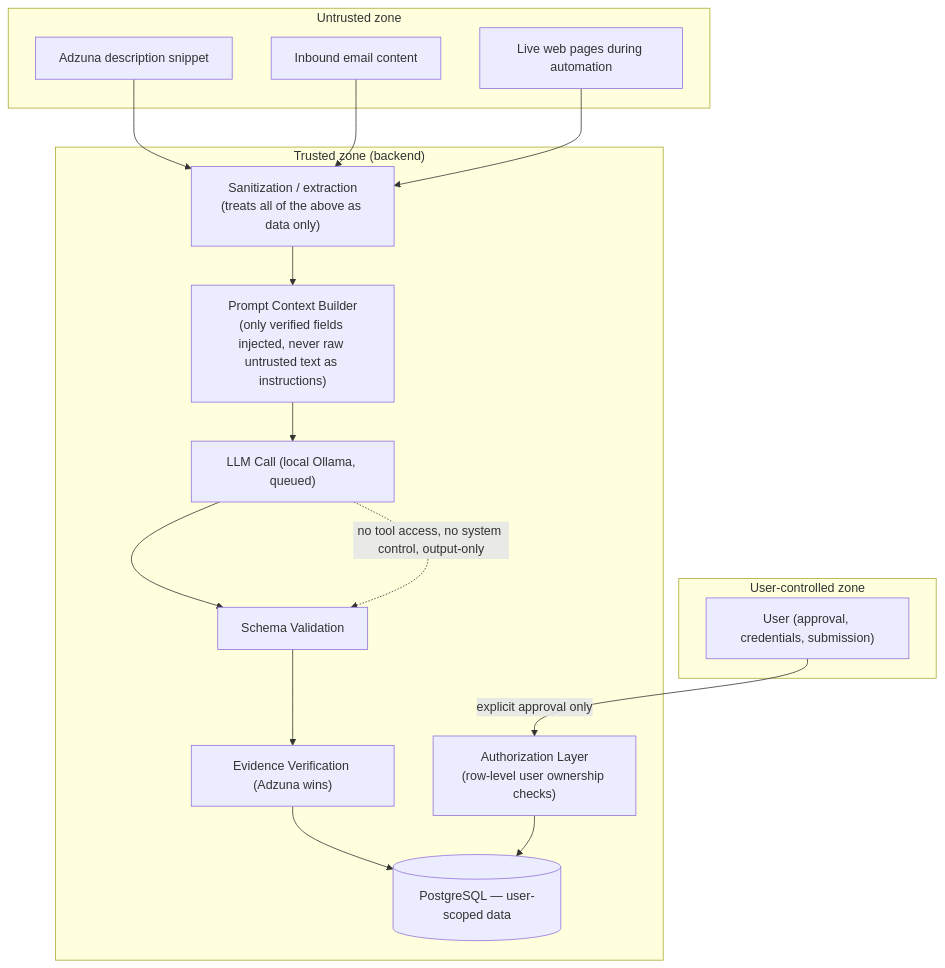
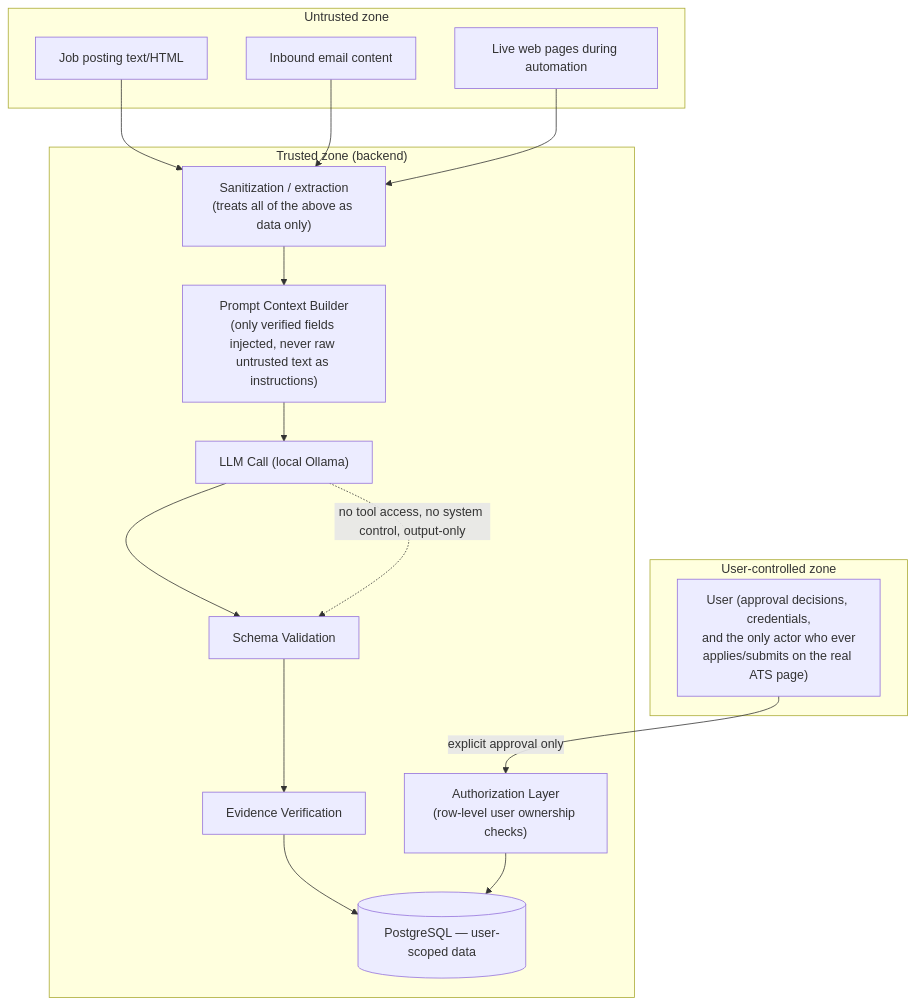
The third of 3 diagrams in docs/01-architecture-overview.md (wassimrahoui/adhd-job-agent), drawn with Mermaid before and after one commit. The commit also changed other lines of this file and 5 other files, not shown here.

````diff
--- a/docs/01-architecture-overview.md
+++ b/docs/01-architecture-overview.md
@@ -123,30 +123,30 @@
 ```mermaid
 flowchart TB
     subgraph Untrusted["Untrusted zone"]
-        JOBTEXT["Adzuna description snippet"]
+        JOBTEXT["Job posting text/HTML"]
         EMAILTEXT["Inbound email content"]
         PAGE["Live web pages during automation"]
     end
 
     subgraph Trusted["Trusted zone (backend)"]
         SANITIZE["Sanitization / extraction\n(treats all of the above as data only)"]
         PROMPTCTX["Prompt Context Builder\n(only verified fields injected, never raw untrusted text as instructions)"]
-        LLMCALL["LLM Call (local Ollama, queued)"]
+        LLMCALL["LLM Call (local Ollama)"]
         VALIDATE["Schema Validation"]
-        VERIFY["Evidence Verification (Adzuna wins)"]
+        VERIFY["Evidence Verification"]
         AUTHZ["Authorization Layer\n(row-level user ownership checks)"]
         DB[("PostgreSQL — user-scoped data")]
     end
 
     subgraph UserZone["User-controlled zone"]
-        USER["User (approval, credentials, submission)"]
+        USER["User (approval decisions, credentials,\nand the only actor who ever\napplies/submits on the real ATS page)"]
     end
 
     JOBTEXT --> SANITIZE
     EMAILTEXT --> SANITIZE
     PAGE --> SANITIZE
     SANITIZE --> PROMPTCTX --> LLMCALL --> VALIDATE --> VERIFY --> DB
     AUTHZ --> DB
     USER -->|explicit approval only| AUTHZ
     LLMCALL -.->|no tool access, no system control, output-only| VALIDATE
 ```
````
